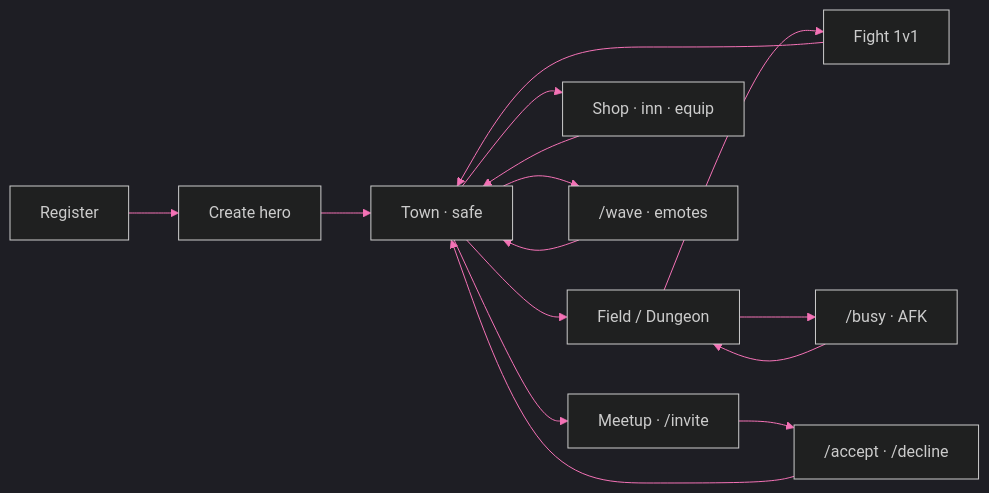
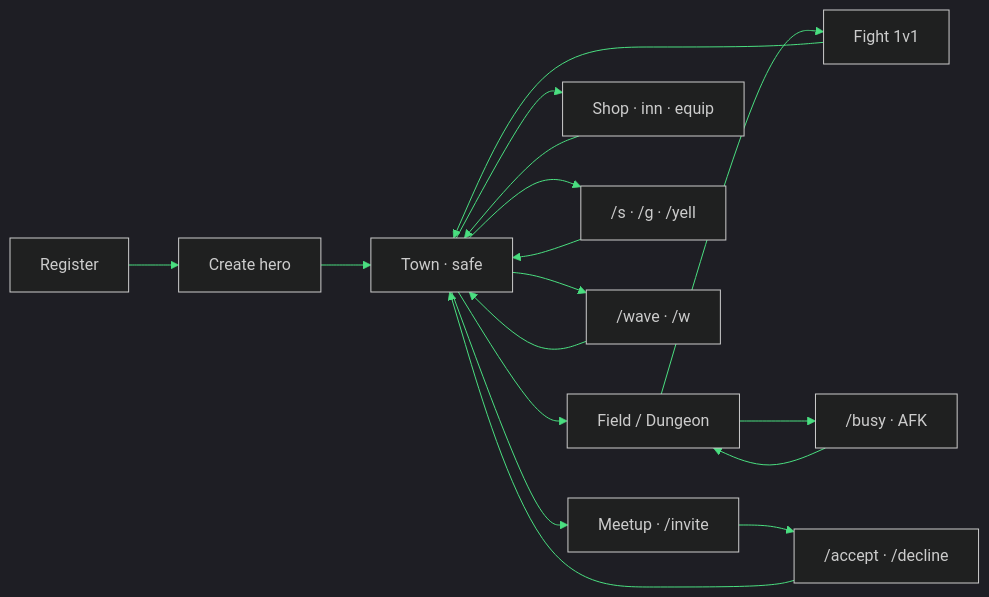
One commit to Im-Nova-Dev/dq1_mmo changed the first of 8 diagrams in README.md. Above: the diagram before and after it, drawn with Mermaid. The commit also changed other lines of this file and 3 other files, not shown here.

````diff
--- a/README.md
+++ b/README.md
@@ -179,18 +184,20 @@
 ```mermaid
-%%{init: {'theme': 'dark', 'themeVariables': { 'primaryColor': '#312e81', 'primaryTextColor': '#e0e7ff', 'lineColor': '#f472b6', 'secondaryColor': '#164e63', 'tertiaryColor': '#1e293b'}}}%%
+%%{init: {'theme': 'dark', 'themeVariables': { 'primaryColor': '#14532d', 'primaryTextColor': '#dcfce7', 'lineColor': '#4ade80', 'secondaryColor': '#164e63', 'tertiaryColor': '#1e293b'}}}%%
 flowchart LR
   A[Register] --> B[Create hero]
   B --> C[Town · safe]
   C --> D[Field / Dungeon]
   D --> E[Fight 1v1]
   E --> C
   C --> F[Shop · inn · equip]
   F --> C
-  C --> W["/wave · emotes"]
+  C --> CH["/s · /g · /yell"]
+  CH --> C
+  C --> W["/wave · /w"]
   W --> C
   C --> G["Meetup · /invite"]
   G --> G2["/accept · /decline"]
   G2 --> C
   D --> H["/busy · AFK"]
   H --> D
 ```
````
